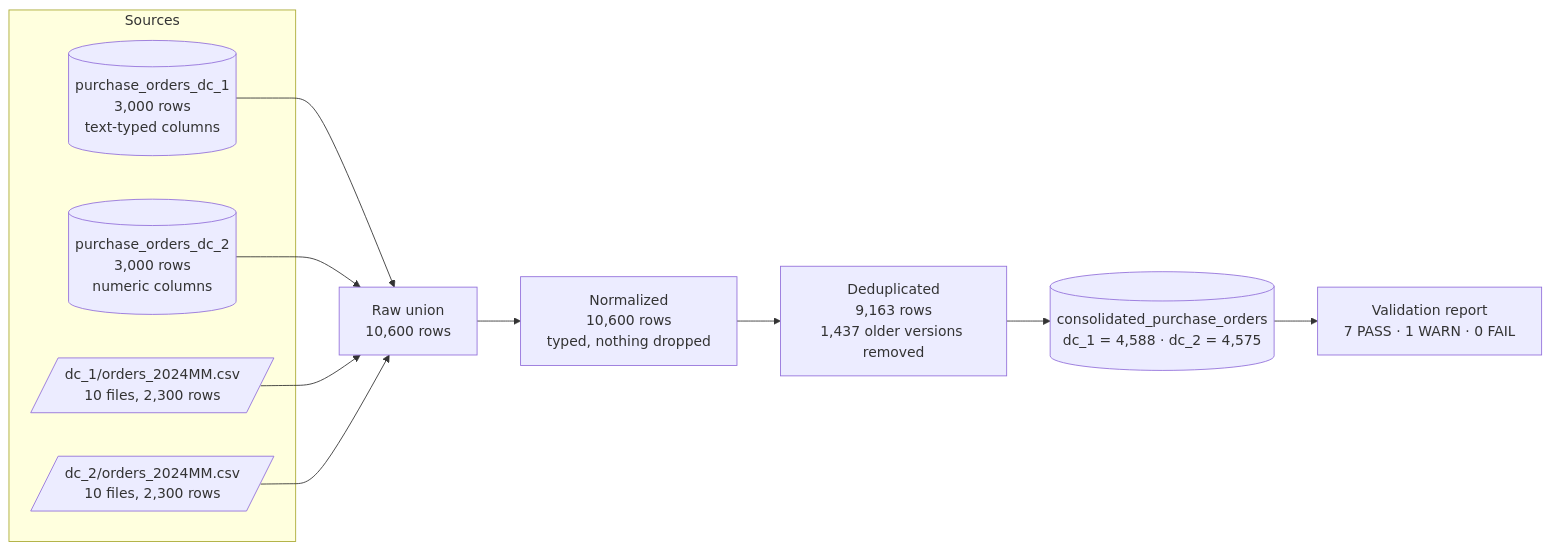
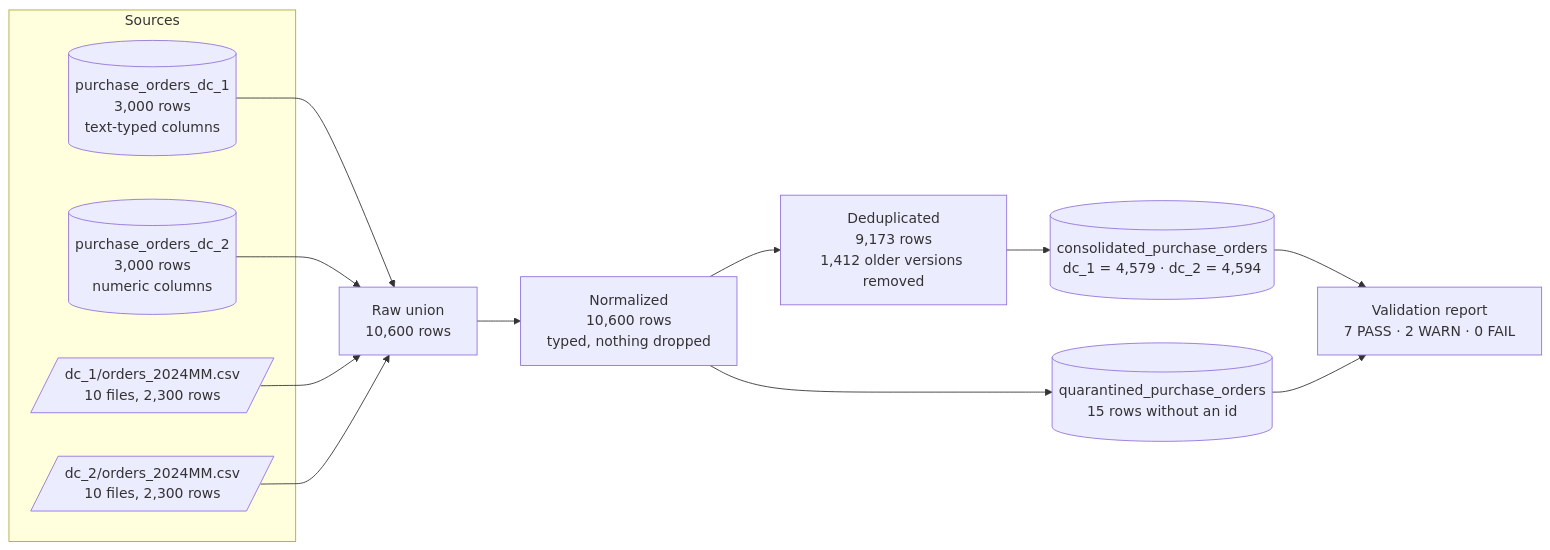
The second of 5 diagrams in README.md (benedetto597/multi-source-orders-etl), drawn with Mermaid before and after one commit. The commit also changed other lines of this file and 1 other file, not shown here.

Commit message:
docs: document quarantine and refresh sample numbers and diagrams

````diff
--- a/README.md
+++ b/README.md
@@ -50,15 +52,17 @@
 ```mermaid
 flowchart LR
     subgraph SRC["Sources"]
         S1[("purchase_orders_dc_1<br/>3,000 rows<br/>text-typed columns")]
         S2[("purchase_orders_dc_2<br/>3,000 rows<br/>numeric columns")]
         C1[/"dc_1/orders_2024MM.csv<br/>10 files, 2,300 rows"/]
         C2[/"dc_2/orders_2024MM.csv<br/>10 files, 2,300 rows"/]
     end
     S1 & S2 --> RAW["Raw union<br/>10,600 rows"]
     C1 & C2 --> RAW
     RAW --> NORM["Normalized<br/>10,600 rows<br/>typed, nothing dropped"]
-    NORM --> DEDUP["Deduplicated<br/>9,163 rows<br/>1,437 older versions removed"]
-    DEDUP --> TGT[("consolidated_purchase_orders<br/>dc_1 = 4,588 · dc_2 = 4,575")]
-    TGT --> REP["Validation report<br/>7 PASS · 1 WARN · 0 FAIL"]
+    NORM --> QUAR[("quarantined_purchase_orders<br/>15 rows without an id")]
+    NORM --> DEDUP["Deduplicated<br/>9,173 rows<br/>1,412 older versions removed"]
+    DEDUP --> TGT[("consolidated_purchase_orders<br/>dc_1 = 4,579 · dc_2 = 4,594")]
+    TGT --> REP["Validation report<br/>7 PASS · 2 WARN · 0 FAIL"]
+    QUAR --> REP
 ```
````
